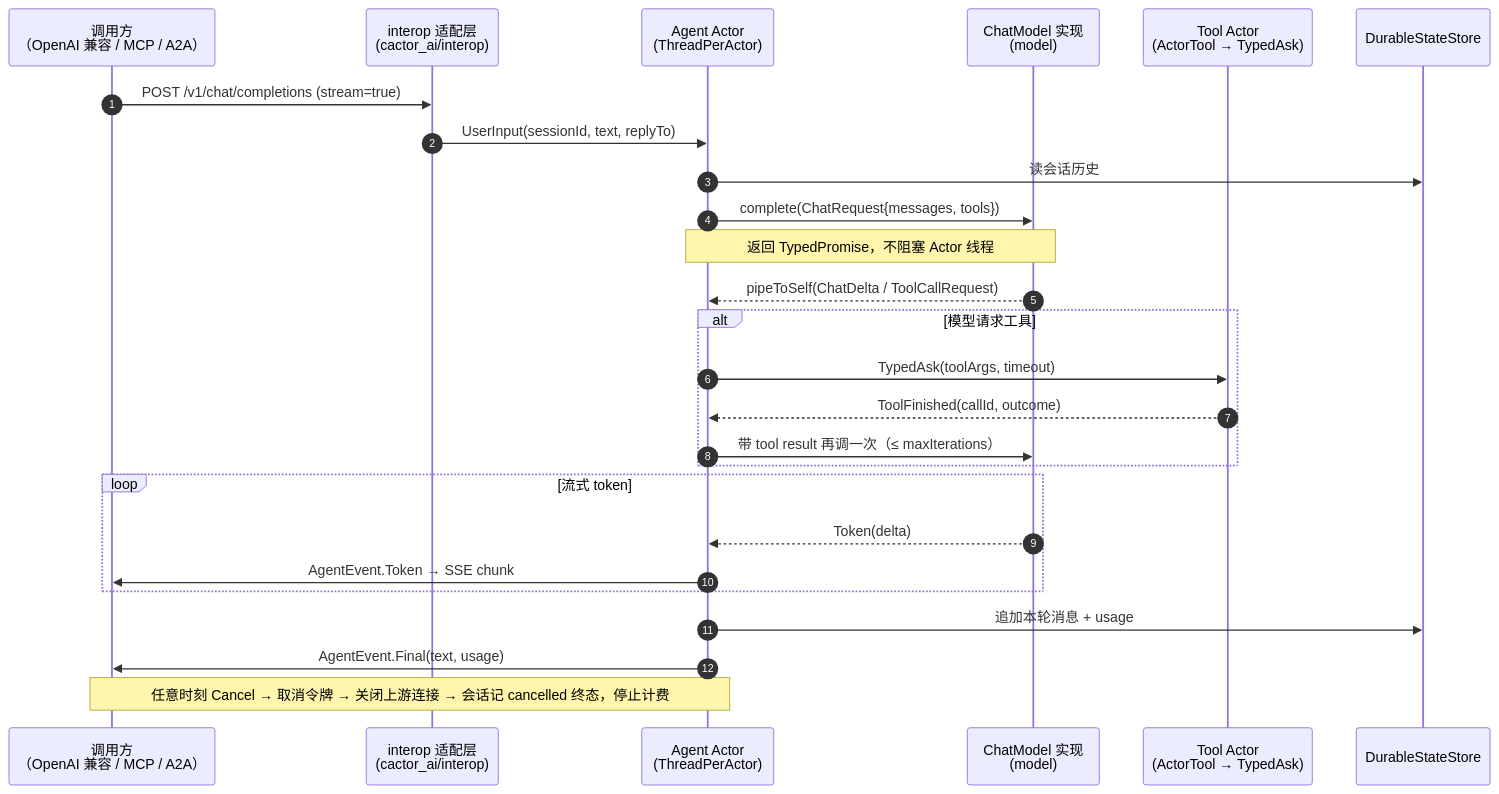
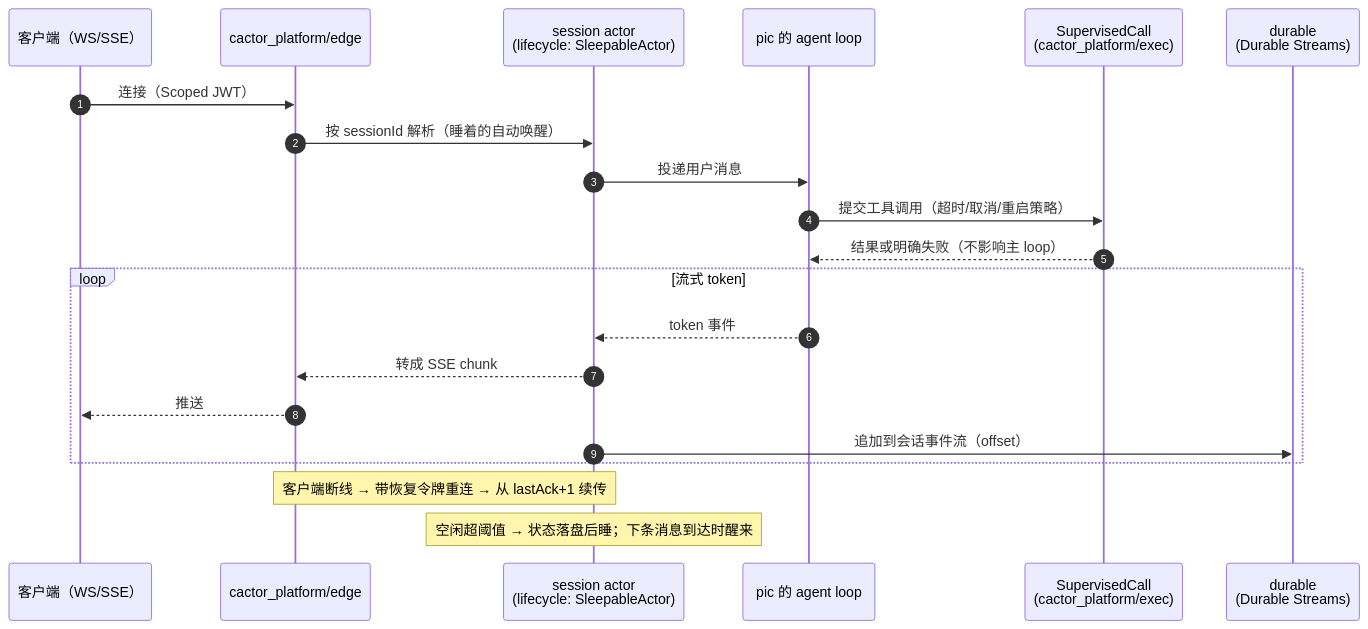
The second of 6 diagrams in docs/plan/20261117-actor.md (cangjielanguage-sig/cactor), drawn with Mermaid before and after one commit. The commit also changed other lines of this file, not shown here.

First line of the commit message:
docs: 计划 v7 —— 最终定位：CActor 只做底层运行时与原语，Agent 语义交给 ~/pix/pic

````diff
--- a/docs/plan/20261117-actor.md
+++ b/docs/plan/20261117-actor.md
@@ -1249,29 +966,24 @@
 ```mermaid
 sequenceDiagram
     autonumber
-    participant C as 调用方<br/>（OpenAI 兼容 / MCP / A2A）
-    participant G as interop 适配层<br/>(cactor_ai/interop)
-    participant A as Agent Actor<br/>(ThreadPerActor)
-    participant M as ChatModel 实现<br/>(model)
-    participant T as Tool Actor<br/>(ActorTool → TypedAsk)
-    participant S as DurableStateStore
+    participant C as 客户端（WS/SSE）
+    participant E as cactor_platform/edge
+    participant S as session actor<br/>(lifecycle: SleepableActor)
+    participant P as pic 的 agent loop
+    participant X as SupervisedCall<br/>(cactor_platform/exec)
+    participant D as durable<br/>(Durable Streams)
 
-    C->>G: POST /v1/chat/completions (stream=true)
-    G->>A: UserInput(sessionId, text, replyTo)
-    A->>S: 读会话历史
-    A->>M: complete(ChatRequest{messages, tools})
-    Note over A,M: 返回 TypedPromise，不阻塞 Actor 线程
-    M-->>A: pipeToSelf(ChatDelta / ToolCallRequest)
-    alt 模型请求工具
-        A->>T: TypedAsk(toolArgs, timeout)
-        T-->>A: ToolFinished(callId, outcome)
-        A->>M: 带 tool result 再调一次（≤ maxIterations）
+    C->>E: 连接（Scoped JWT）
+    E->>S: 按 sessionId 解析（睡着的自动唤醒）
+    S->>P: 投递用户消息
+    P->>X: 提交工具调用（超时/取消/重启策略）
+    X-->>P: 结果或明确失败（不影响主 loop）
+    loop 流式 token
+        P-->>S: token 事件
+        S-->>E: 转成 SSE chunk
+        E-->>C: 推送
+        S->>D: 追加到会话事件流（offset）
     end
-    loop 流式 token
-        M-->>A: Token(delta)
-        A->>C: AgentEvent.Token → SSE chunk
-    end
-    A->>S: 追加本轮消息 + usage
-    A->>C: AgentEvent.Final(text, usage)
-    Note over A,C: 任意时刻 Cancel → 取消令牌 → 关闭上游连接 → 会话记 cancelled 终态，停止计费
+    Note over S,E: 客户端断线 → 带恢复令牌重连 → 从 lastAck+1 续传
+    Note over S: 空闲超阈值 → 状态落盘后睡；下条消息到达时醒来
 ```
````
